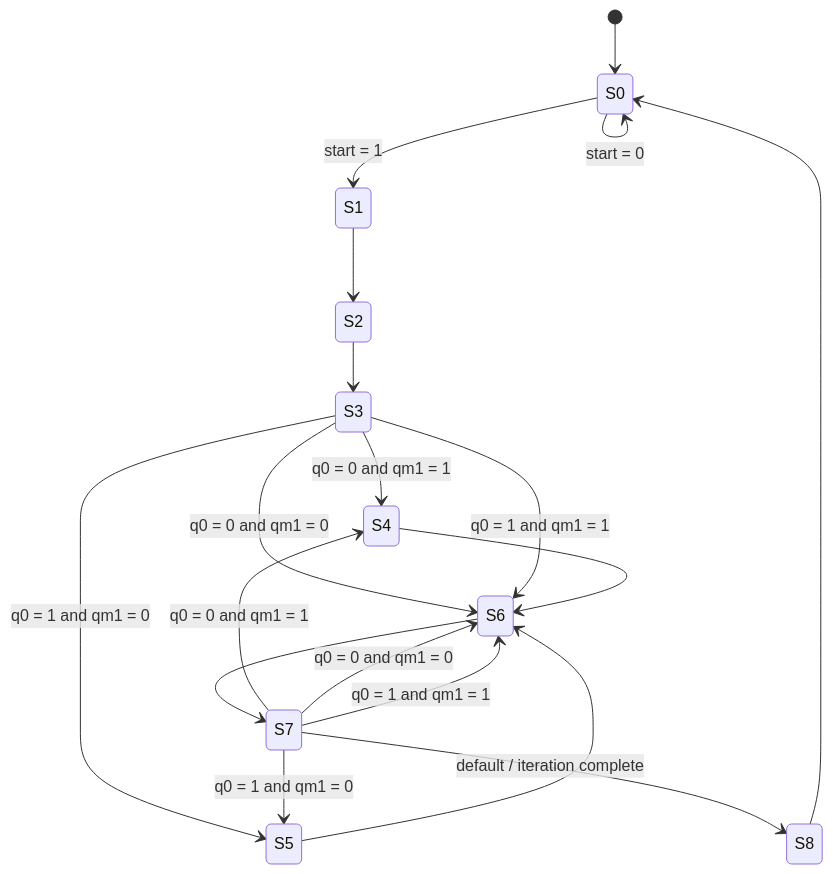
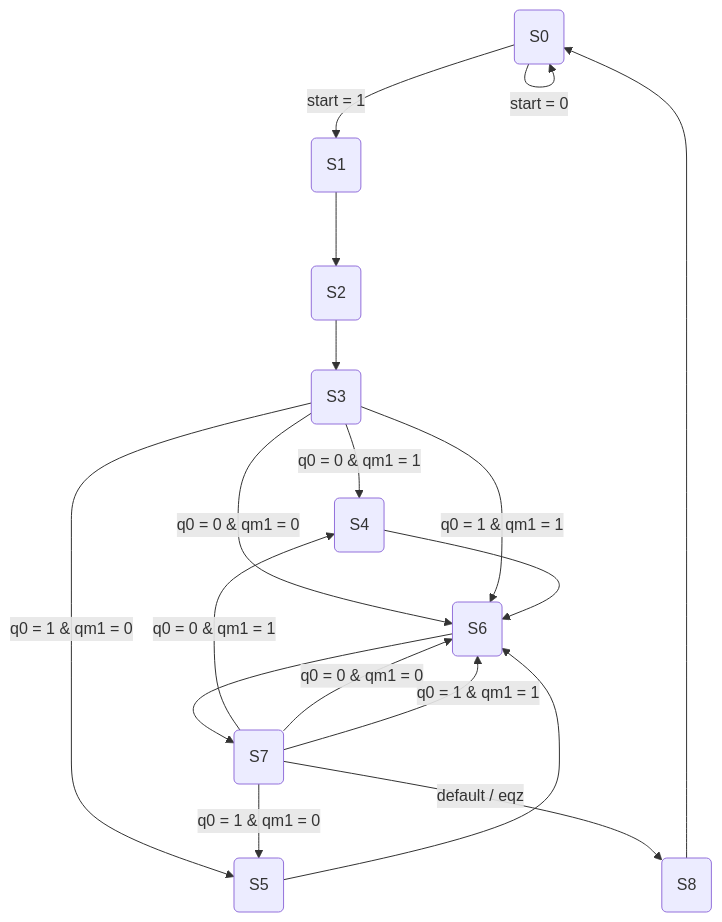
One commit to dmz4/Booth_multiplication changed the second of 2 diagrams in README.md. Above: the diagram before and after it, drawn with Mermaid. The commit also changed other lines of this file, not shown here.

Commit message:
docs(rtl): fix Mermaid diagrams in README

````diff
--- a/README.md
+++ b/README.md
@@ -73,27 +73,33 @@
 ```mermaid
-stateDiagram-v2
-    [*] --> S0
+flowchart TD
+    S0("S0")
+    S1("S1")
+    S2("S2")
+    S3("S3")
+    S4("S4")
+    S5("S5")
+    S6("S6")
+    S7("S7")
+    S8("S8")
 
-    S0 --> S0: start = 0
-    S0 --> S1: start = 1
-
+    S0 -->|start = 0| S0
+    S0 -->|start = 1| S1
     S1 --> S2
     S2 --> S3
 
-    S3 --> S4: q0 = 0 and qm1 = 1
-    S3 --> S5: q0 = 1 and qm1 = 0
-    S3 --> S6: q0 = 0 and qm1 = 0
-    S3 --> S6: q0 = 1 and qm1 = 1
+    S3 -->|q0 = 0 & qm1 = 1| S4
+    S3 -->|q0 = 1 & qm1 = 0| S5
+    S3 -->|q0 = 0 & qm1 = 0| S6
+    S3 -->|q0 = 1 & qm1 = 1| S6
 
     S4 --> S6
     S5 --> S6
     S6 --> S7
 
-    S7 --> S4: q0 = 0 and qm1 = 1
-    S7 --> S5: q0 = 1 and qm1 = 0
-    S7 --> S6: q0 = 0 and qm1 = 0
-    S7 --> S6: q0 = 1 and qm1 = 1
-    S7 --> S8: default / iteration complete
-
+    S7 -->|q0 = 0 & qm1 = 1| S4
+    S7 -->|q0 = 1 & qm1 = 0| S5
+    S7 -->|q0 = 0 & qm1 = 0| S6
+    S7 -->|q0 = 1 & qm1 = 1| S6
+    S7 -->|default / eqz| S8
     S8 --> S0
 ```
````
